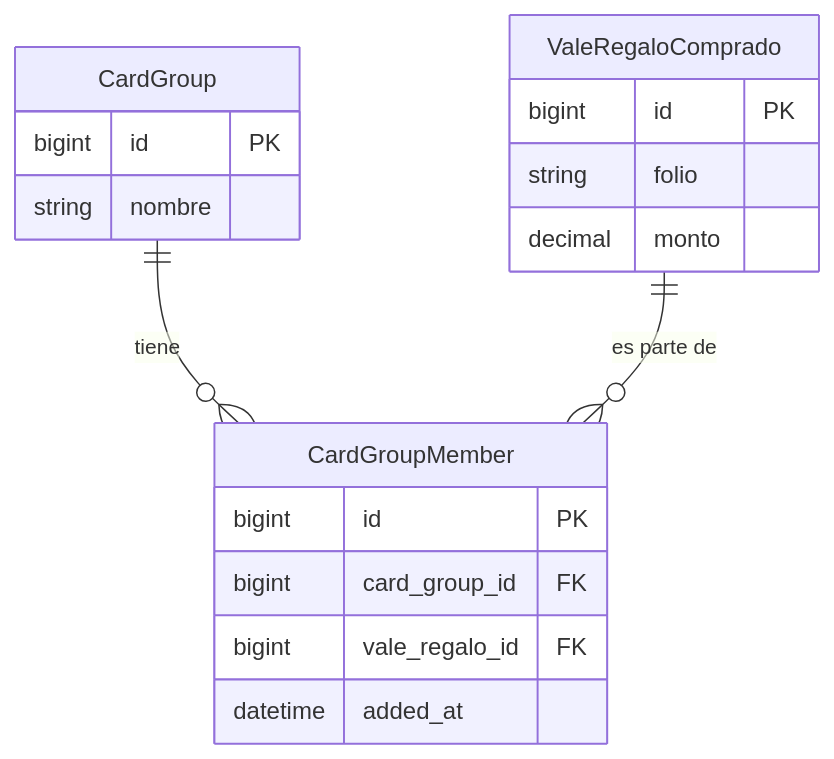
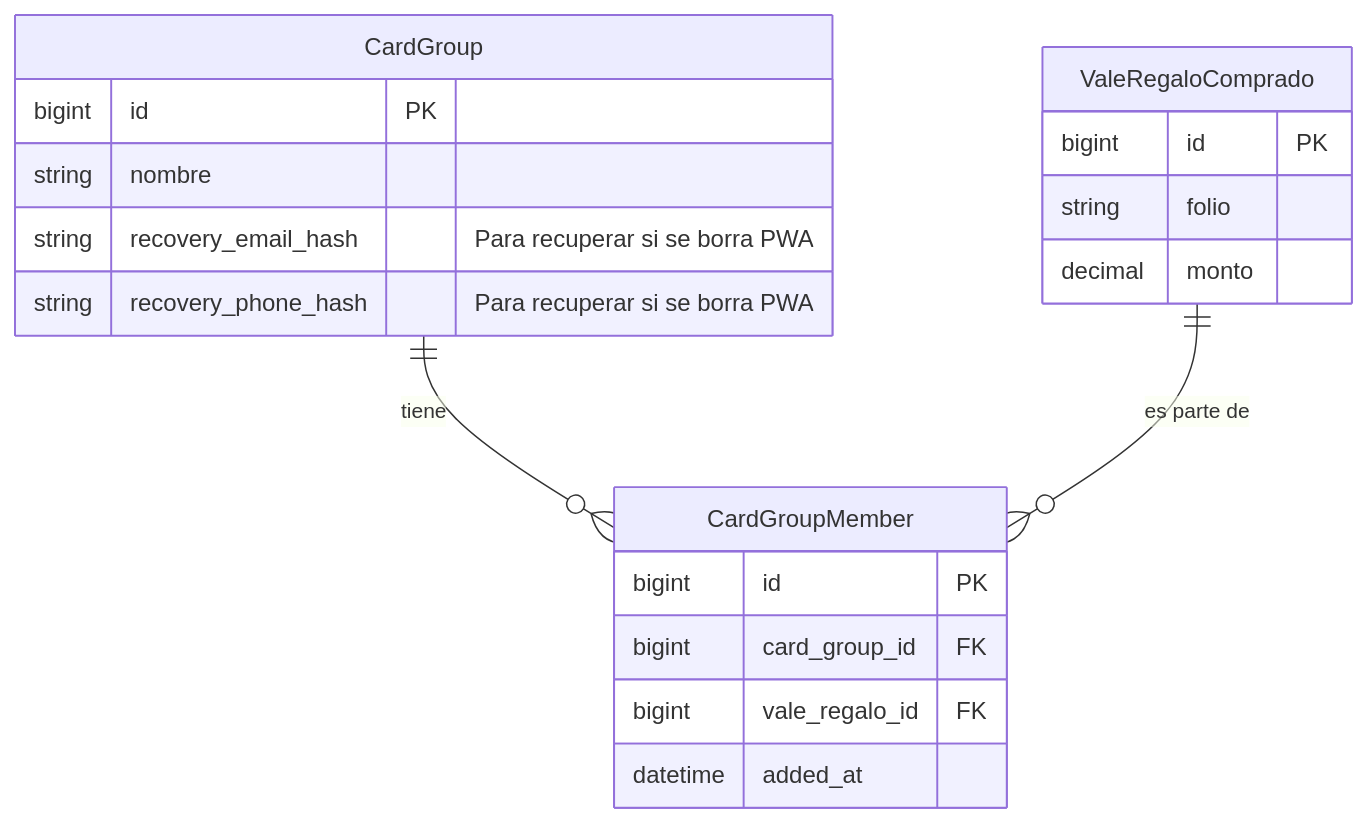
Before and after one commit to bulmaroarellano/pwa-architecture-proposal: the fourth of 4 diagrams in pwa_group_er_diagram_focused.md, drawn with Mermaid. The commit also changed 1 other file, not shown here.

Commit message:
Add Data Wipe/Recovery scenario

````diff
--- a/pwa_group_er_diagram_focused.md
+++ b/pwa_group_er_diagram_focused.md
@@ -88,23 +88,26 @@
 ```mermaid
 erDiagram
     CardGroup {
         bigint id PK
         string nombre
+        string recovery_email_hash "Para recuperar si se borra PWA"
+        string recovery_phone_hash "Para recuperar si se borra PWA"
+
     }
 
     CardGroupMember {
         bigint id PK
         bigint card_group_id FK
         bigint vale_regalo_id FK
         datetime added_at
     }
 
     ValeRegaloComprado {
         bigint id PK
         string folio
         decimal monto
     }
 
     CardGroup ||--o{ CardGroupMember : "tiene"
     ValeRegaloComprado ||--o{ CardGroupMember : "es parte de"
 ```
````
